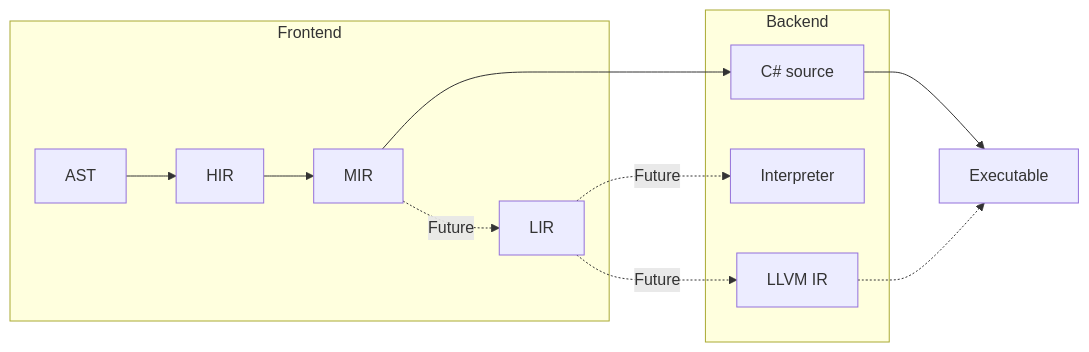
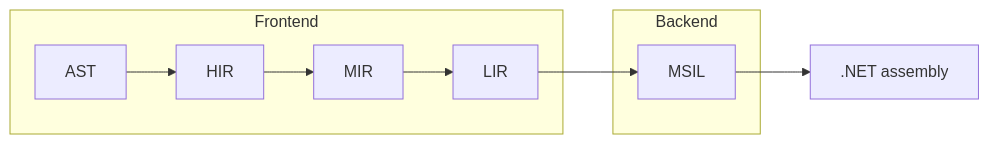
One commit to mew-lang/docs changed the diagram in Content/compiler/index.md. Above: the diagram before and after it, drawn with Mermaid. The commit also changed other lines of this file, not shown here.

Commit message:
Document the MSIL backend

````diff
--- a/Content/compiler/index.md
+++ b/Content/compiler/index.md
@@ -10,15 +10,12 @@
 ```mermaid
 flowchart LR;
     subgraph Frontend
     AST-->HIR
     HIR-->MIR
-    MIR-. Future .->LIR
+    MIR-->LIR
     end
     subgraph Backend
-    MIR-->CSharp["C# source"]
-    LIR-. Future .->Interpreter
-    LIR-. Future .->LLVM["LLVM IR"]
+    LIR-->MSIL["MSIL"]
     end
-    CSharp-->Executable
-    LLVM-.->Executable
+    MSIL-->Assembly[".NET assembly"]
 ```
````
